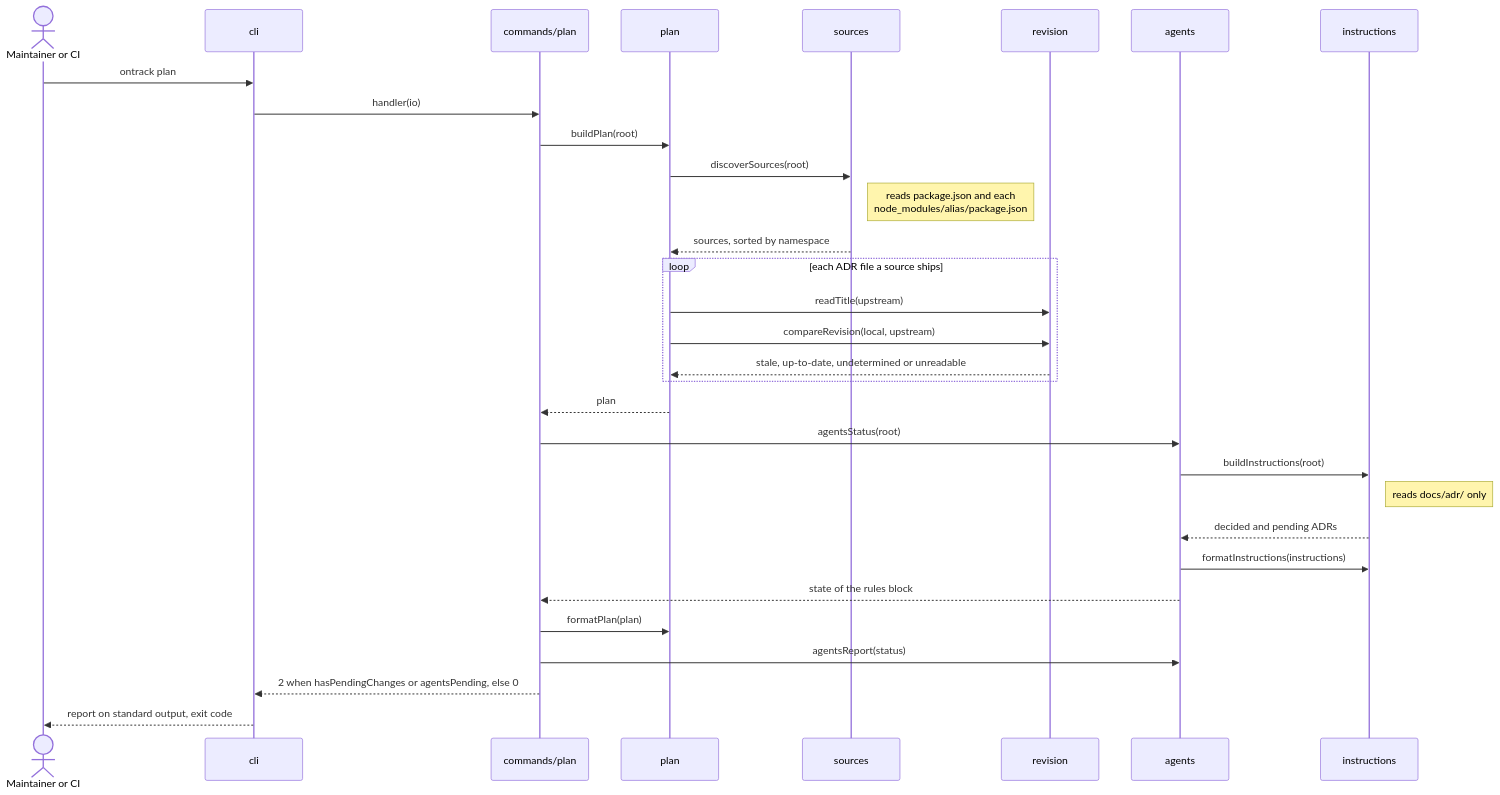
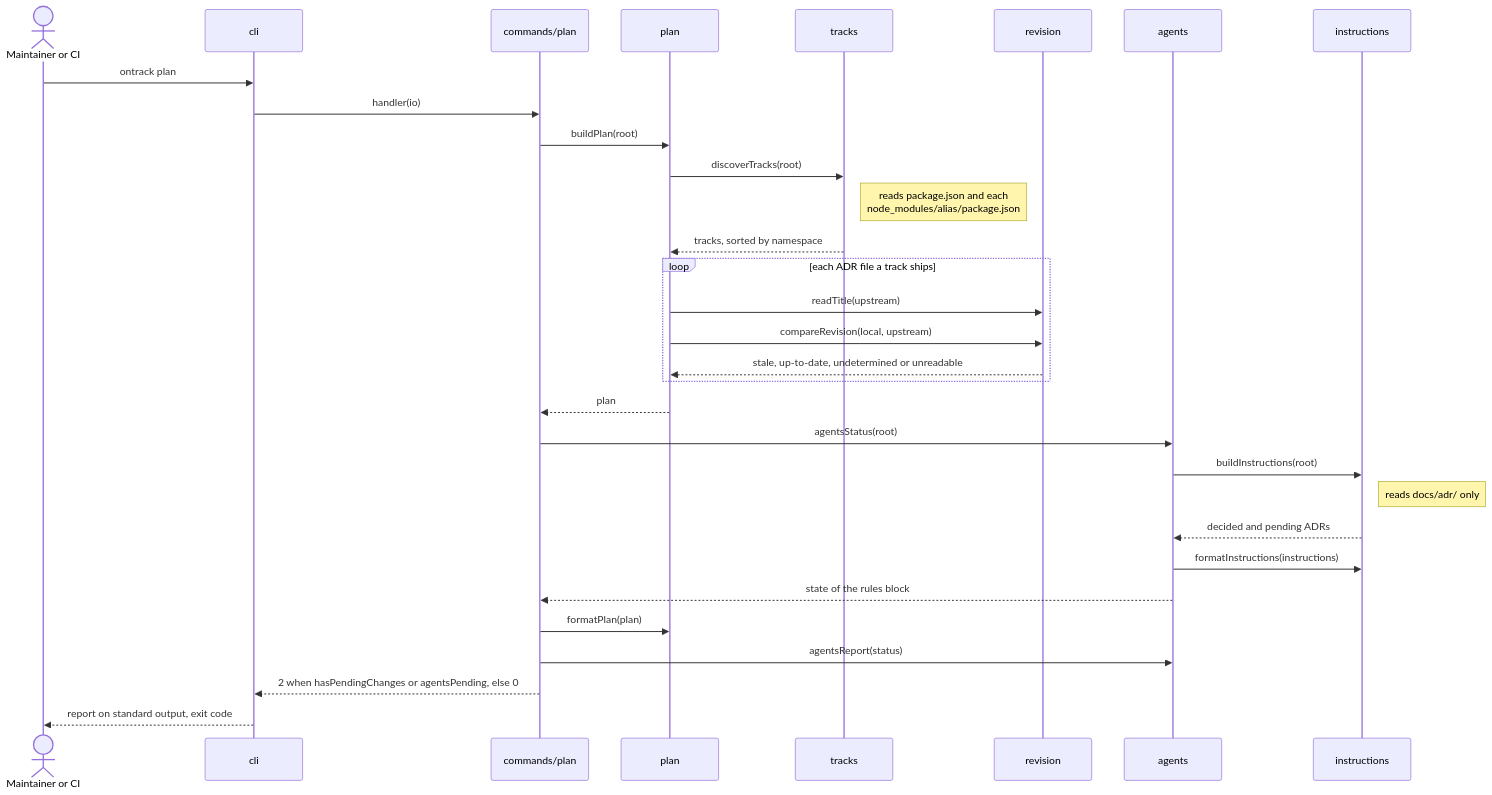
One commit to trivoallan/ontrack changed the first of 2 diagrams in docs/architecture/arc42/06-runtime-view.md. Above: the diagram before and after it, drawn with Mermaid. The commit also changed other lines of this file and 67 other files, not shown here.

First line of the commit message:
feat(tracks)!: call a package of questions a track

````diff
--- a/docs/architecture/arc42/06-runtime-view.md
+++ b/docs/architecture/arc42/06-runtime-view.md
@@ -25,34 +25,34 @@
 ```mermaid
 sequenceDiagram
     actor User as Maintainer or CI
     participant Cli as cli
     participant Cmd as commands/plan
     participant Plan as plan
-    participant Sources as sources
+    participant Tracks as tracks
     participant Revision as revision
     participant Agents as agents
     participant Instructions as instructions
 
     User->>Cli: ontrack plan
     Cli->>Cmd: handler(io)
     Cmd->>Plan: buildPlan(root)
-    Plan->>Sources: discoverSources(root)
-    Note right of Sources: reads package.json and each<br/>node_modules/alias/package.json
-    Sources-->>Plan: sources, sorted by namespace
-    loop each ADR file a source ships
+    Plan->>Tracks: discoverTracks(root)
+    Note right of Tracks: reads package.json and each<br/>node_modules/alias/package.json
+    Tracks-->>Plan: tracks, sorted by namespace
+    loop each ADR file a track ships
         Plan->>Revision: readTitle(upstream)
         Plan->>Revision: compareRevision(local, upstream)
         Revision-->>Plan: stale, up-to-date, undetermined or unreadable
     end
     Plan-->>Cmd: plan
     Cmd->>Agents: agentsStatus(root)
     Agents->>Instructions: buildInstructions(root)
     Note right of Instructions: reads docs/adr/ only
     Instructions-->>Agents: decided and pending ADRs
     Agents->>Instructions: formatInstructions(instructions)
     Agents-->>Cmd: state of the rules block
     Cmd->>Plan: formatPlan(plan)
     Cmd->>Agents: agentsReport(status)
     Cmd-->>Cli: 2 when hasPendingChanges or agentsPending, else 0
     Cli-->>User: report on standard output, exit code
 ```
````
